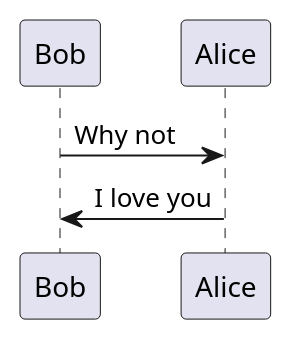
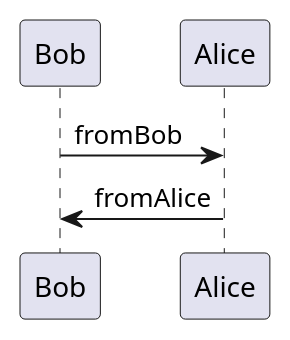
The diagram in docs/modules/ROOT/partials/bar.puml (gerometan/frontpage), drawn with PlantUML before and after one commit. The commit also changed 1 other file, not shown here.

```diff
--- a/docs/modules/ROOT/partials/bar.puml
+++ b/docs/modules/ROOT/partials/bar.puml
@@ -1,4 +1,4 @@
-@startuml
-Bob -> Alice : Why not
-Bob <- Alice : I love you
+@startuml testOne
+Bob -> Alice : fromBob
+Bob <- Alice : fromAlice
 @enduml
```
